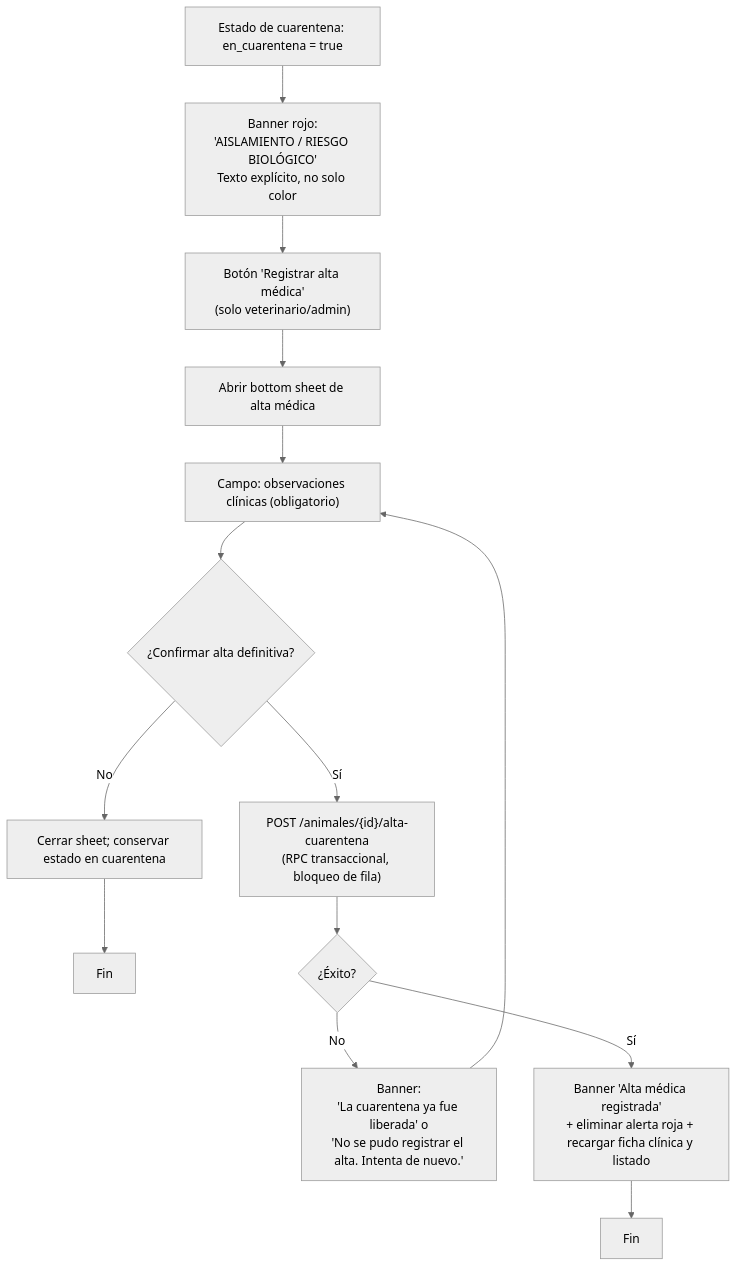
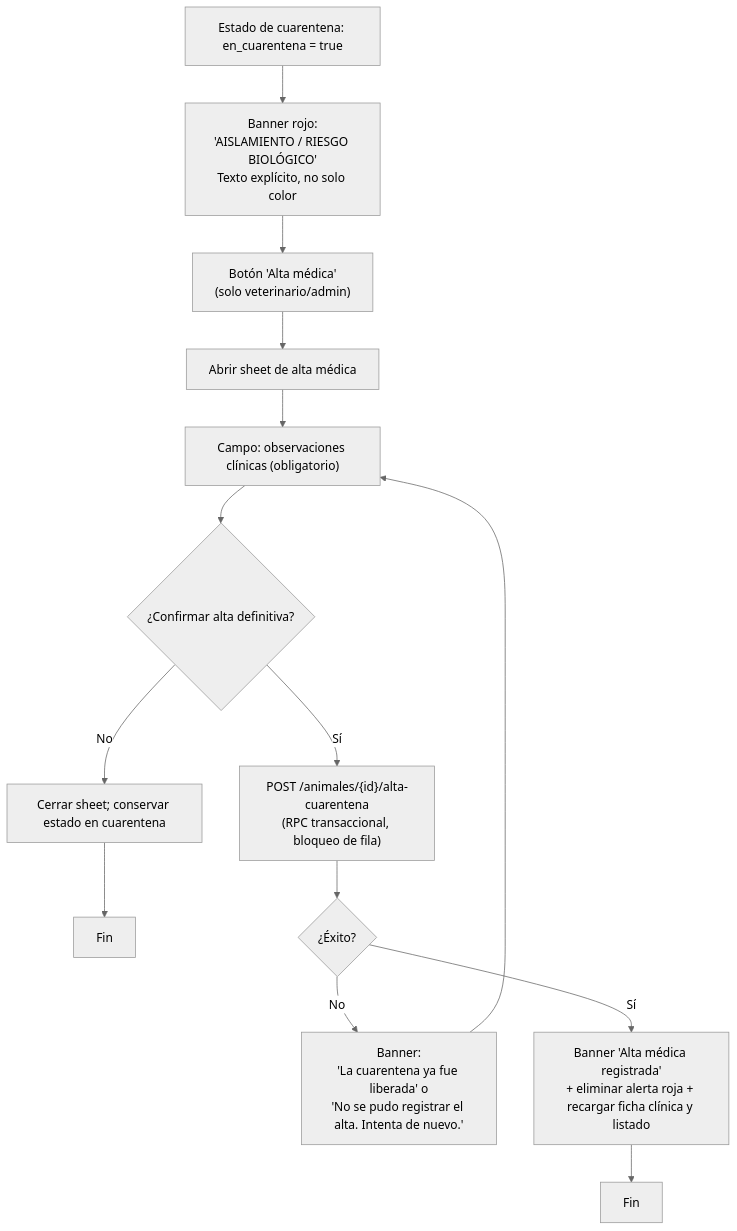
One commit to thespacio/pixkki changed the third of 3 diagrams in docs/features/ui-ux/requerimiento-02-control-clinico-cuarentena-ui-ux.md. Above: the diagram before and after it, drawn with Mermaid (neutral theme). The commit also changed other lines of this file and 35 other files, not shown here.

````diff
--- a/docs/features/ui-ux/requerimiento-02-control-clinico-cuarentena-ui-ux.md
+++ b/docs/features/ui-ux/requerimiento-02-control-clinico-cuarentena-ui-ux.md
@@ -76,18 +81,16 @@
 ```mermaid
 flowchart TD
-    Inicio["Estado de cuarentena: en_cuarentena = true"]
-    Inicio --> Banner["Banner rojo:<br/>'AISLAMIENTO / RIESGO BIOLÓGICO'<br/>Texto explícito, no solo color"]
-    BotonAbrir["Botón 'Registrar alta médica'<br/>(solo veterinario/admin)"]
-    Banner --> BotonAbrir
-    BotonAbrir --> AbrirSheet["Abrir bottom sheet de alta médica"]
+    Inicio["Estado de cuarentena: en_cuarentena = true"] --> Banner["Banner rojo:<br/>'AISLAMIENTO / RIESGO BIOLÓGICO'<br/>Texto explícito, no solo color"]
+    Banner --> BotonAbrir["Botón 'Alta médica'<br/>(solo veterinario/admin)"]
+    BotonAbrir --> AbrirSheet["Abrir sheet de alta médica"]
     AbrirSheet --> FormAlta["Campo: observaciones clínicas (obligatorio)"]
     FormAlta --> Confirmar{"¿Confirmar alta definitiva?"}
     Confirmar -- "No" --> CerrarSheet["Cerrar sheet; conservar estado en cuarentena"]
     CerrarSheet --> Fin1[Fin]
     Confirmar -- "Sí" --> EnviarAlta["POST /animales/{id}/alta-cuarentena<br/>(RPC transaccional, bloqueo de fila)"]
     EnviarAlta --> Ok3{"¿Éxito?"}
     Ok3 -- "No" --> ErrorAlta["Banner:<br/>'La cuarentena ya fue liberada' o<br/>'No se pudo registrar el alta. Intenta de nuevo.'"]
     ErrorAlta --> FormAlta
     Ok3 -- "Sí" --> Exito3["Banner 'Alta médica registrada'<br/>+ eliminar alerta roja + recargar ficha clínica y listado"]
     Exito3 --> Fin2[Fin]
 ```
````
